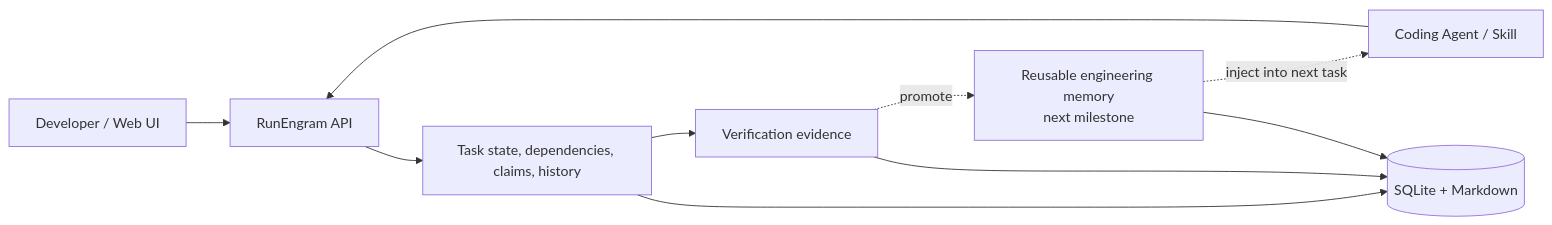
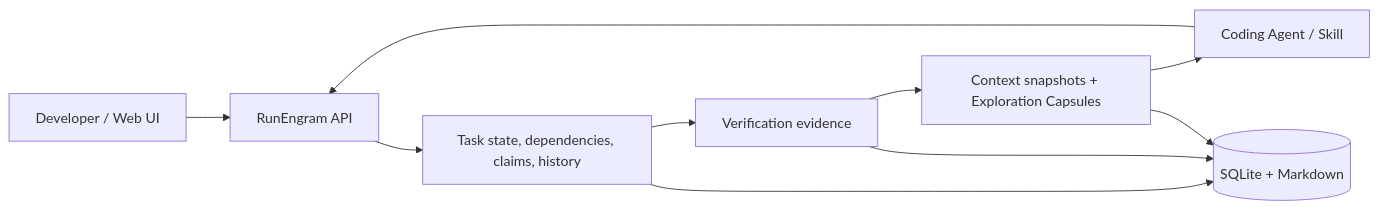
One commit to MoonTseng/RunEngram changed the diagram in README.md. Above: the diagram before and after it, drawn with Mermaid. The commit also changed other lines of this file and 22 other files, not shown here.

Commit message:
feat: add verified engineering memory loop

````diff
--- a/README.md
+++ b/README.md
@@ -158,20 +180,20 @@
 ```mermaid
 flowchart LR
     Human["Developer / Web UI"]
     Agent["Coding Agent / Skill"]
     API["RunEngram API"]
     Task["Task state, dependencies, claims, history"]
     Evidence["Verification evidence"]
-    Learning["Reusable engineering memory<br/>next milestone"]
+    Learning["Context snapshots + Exploration Capsules"]
     Store[("SQLite + Markdown")]
 
     Human --> API
     Agent --> API
     API --> Task
     Task --> Evidence
-    Evidence -.promote.-> Learning
-    Learning -.inject into next task.-> Agent
+    Evidence --> Learning
+    Learning --> Agent
     Task --> Store
     Evidence --> Store
     Learning --> Store
 ```
````
